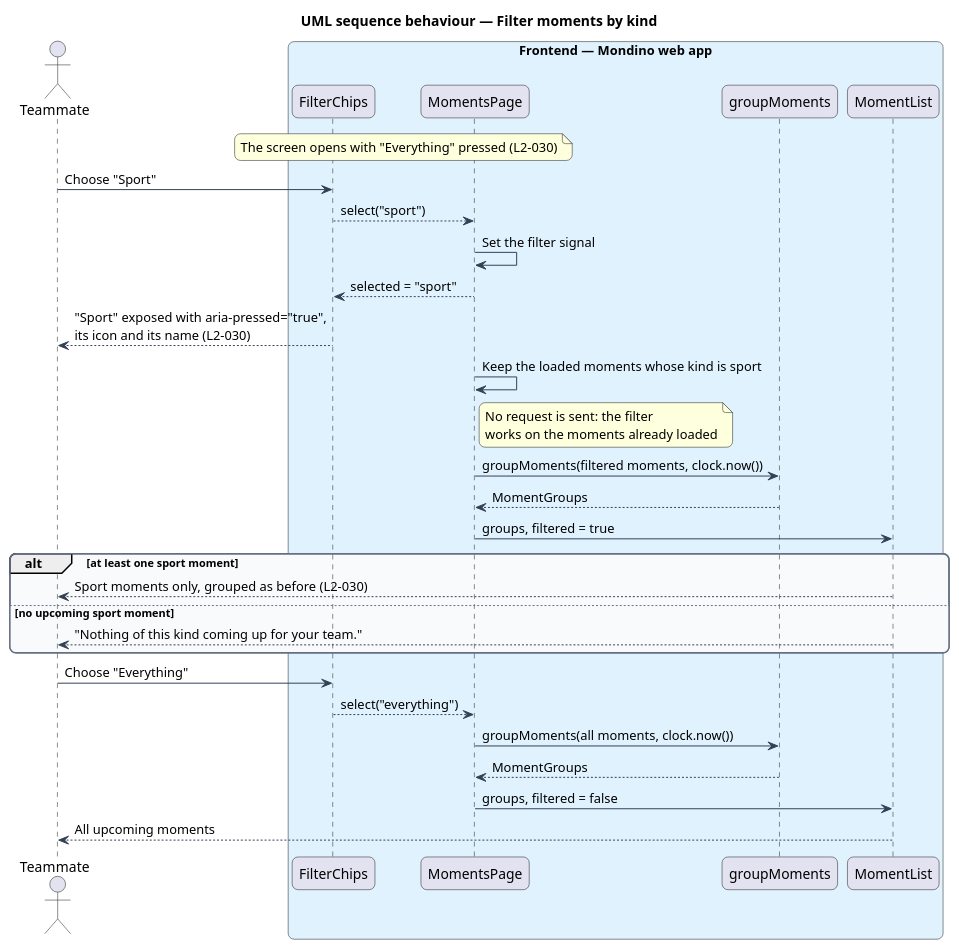
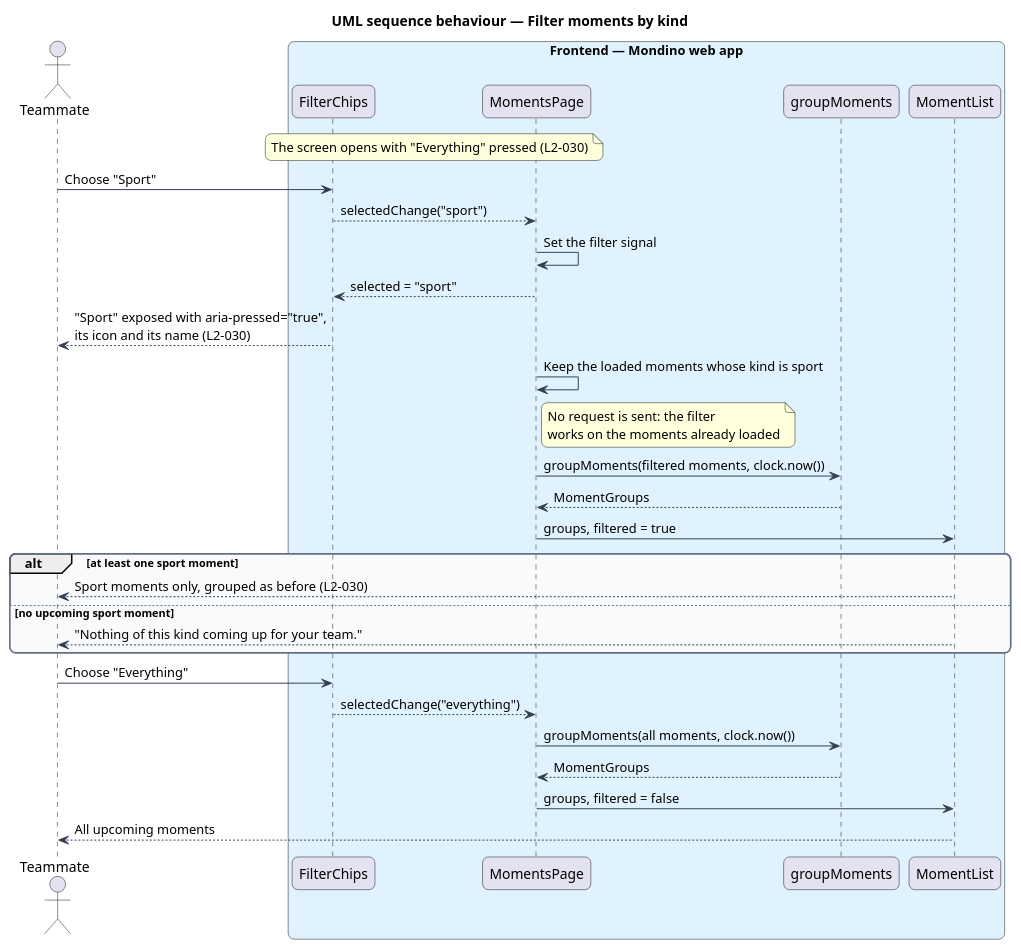
One commit to QuinntyneBrown/Mondino changed the diagram in docs/detailed-designs/moments/list-moments/diagrams/sequence-filter-by-kind.puml. Above: the diagram before and after it, drawn with PlantUML. The commit also changed 21 other files, not shown here.

```diff
--- a/docs/detailed-designs/moments/list-moments/diagrams/sequence-filter-by-kind.puml
+++ b/docs/detailed-designs/moments/list-moments/diagrams/sequence-filter-by-kind.puml
@@ -1,47 +1,47 @@
 @startuml
 title UML sequence behaviour — Filter moments by kind
 skinparam backgroundColor #FFFFFF
 skinparam shadowing false
 skinparam roundcorner 12
 skinparam defaultFontName Arial
 skinparam ArrowColor #344054
 skinparam rectangle {
   BorderColor #344054
   FontColor #101828
 }
 skinparam package {
   BorderColor #667085
   FontColor #101828
   BackgroundColor #F9FAFB
 }
 actor "Teammate" as actor
 box "Frontend — Mondino web app" #E0F2FE
   participant "FilterChips" as chips
   participant "MomentsPage" as page
   participant "groupMoments" as group
   participant "MomentList" as list
 end box
 
 note over chips, page : The screen opens with "Everything" pressed (L2-030)
 actor -> chips : Choose "Sport"
-chips --> page : select("sport")
+chips --> page : selectedChange("sport")
 page -> page : Set the filter signal
 page --> chips : selected = "sport"
 chips --> actor : "Sport" exposed with aria-pressed="true",\nits icon and its name (L2-030)
 page -> page : Keep the loaded moments whose kind is sport
 note right of page : No request is sent: the filter\nworks on the moments already loaded
 page -> group : groupMoments(filtered moments, clock.now())
 group --> page : MomentGroups
 page -> list : groups, filtered = true
 alt at least one sport moment
   list --> actor : Sport moments only, grouped as before (L2-030)
 else no upcoming sport moment
   list --> actor : "Nothing of this kind coming up for your team."
 end
 actor -> chips : Choose "Everything"
-chips --> page : select("everything")
+chips --> page : selectedChange("everything")
 page -> group : groupMoments(all moments, clock.now())
 group --> page : MomentGroups
 page -> list : groups, filtered = false
 list --> actor : All upcoming moments
 @enduml
```
